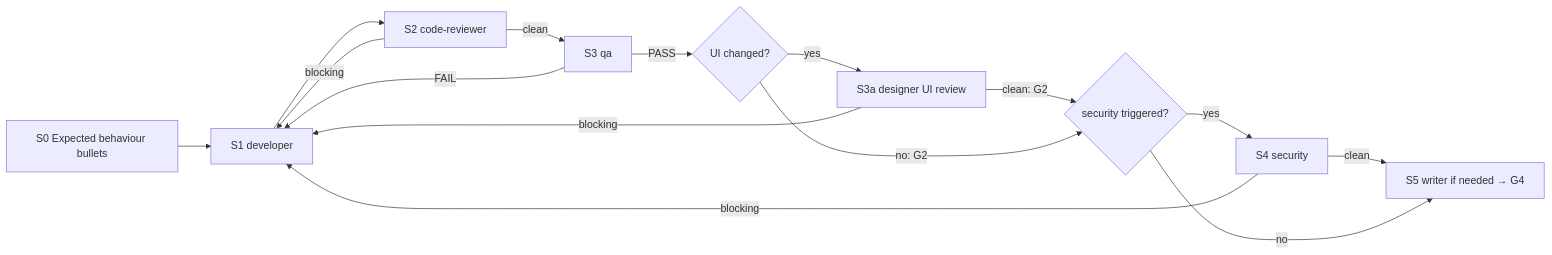
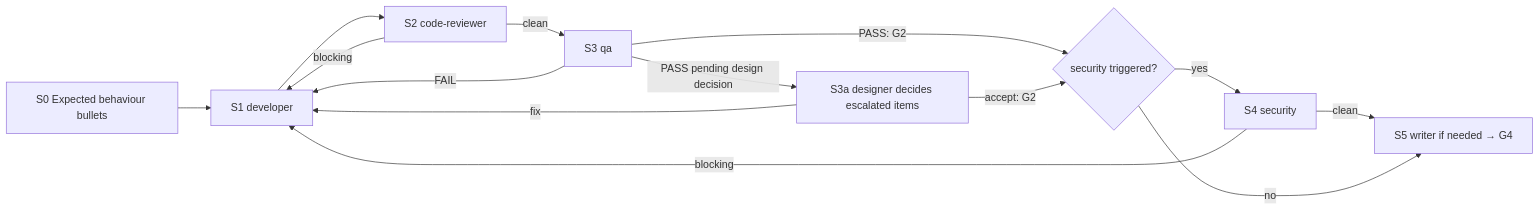
Before and after one commit to Tuan-Quyen/technical-teams: the fourth of 4 diagrams in commands/feature.md, drawn with Mermaid. The commit also changed other lines of this file and 20 other files, not shown here.

````diff
--- a/commands/feature.md
+++ b/commands/feature.md
@@ -131,17 +132,16 @@
 ```mermaid
 flowchart LR
   S0[S0 Expected behaviour bullets] --> D[S1 developer]
   D --> CR[S2 code-reviewer]
   CR -- blocking --> D
   CR -- clean --> Q[S3 qa]
   Q -- FAIL --> D
-  Q -- PASS --> R{UI changed?}
-  R -- yes --> DR[S3a designer UI review]
-  DR -- blocking --> D
-  DR -- clean: G2 --> T
-  R -- no: G2 --> T{security triggered?}
+  Q -- PASS: G2 --> T{security triggered?}
+  Q -- PASS pending design decision --> DR[S3a designer decides escalated items]
+  DR -- fix --> D
+  DR -- accept: G2 --> T
   T -- yes --> SEC[S4 security]
   SEC -- blocking --> D
   SEC -- clean --> W
   T -- no --> W[S5 writer if needed → G4]
 ```
````
